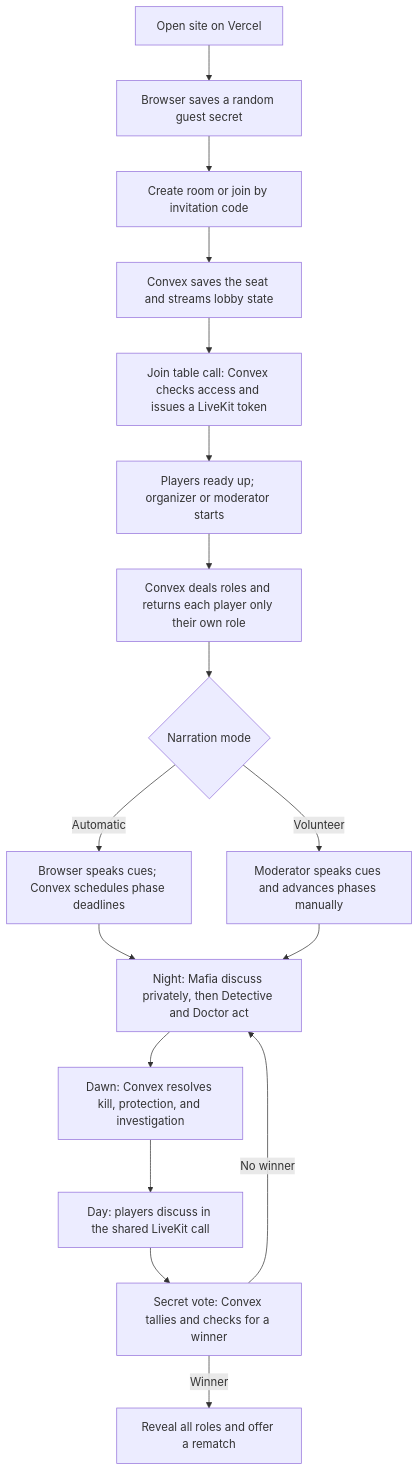
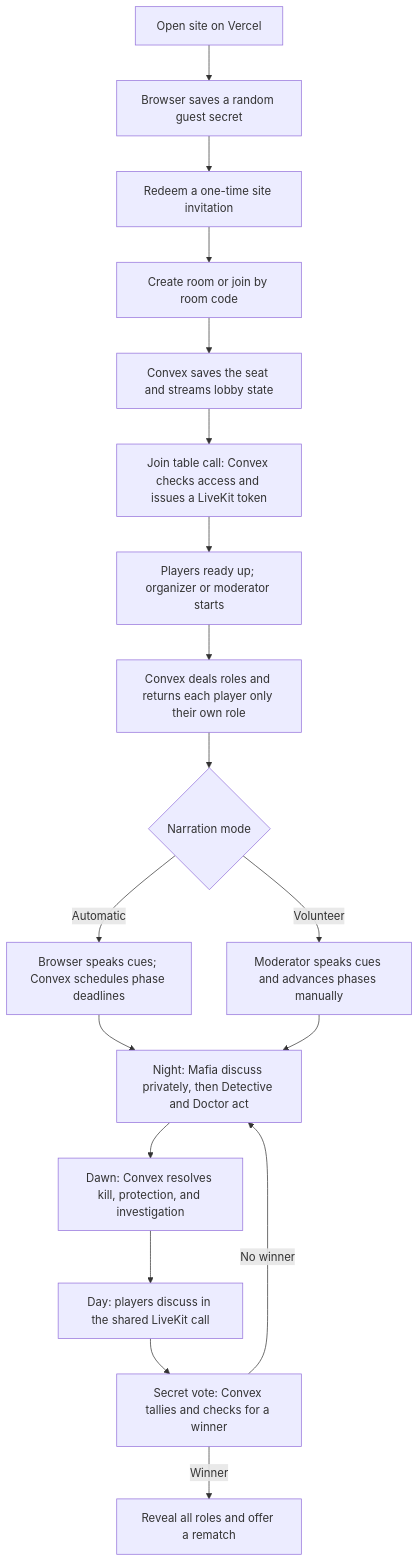
Before and after one commit to srujan259/mafia-online: the second of 2 diagrams in docs/SYSTEM_DESIGN.md, drawn with Mermaid. The commit also changed other lines of this file and 11 other files, not shown here.

Commit message:
Require one-time invitations for game access

````diff
--- a/docs/SYSTEM_DESIGN.md
+++ b/docs/SYSTEM_DESIGN.md
@@ -77,19 +77,20 @@
 ```mermaid
 flowchart TD
     A["Open site on Vercel"] --> B["Browser saves a random guest secret"]
-    B --> C["Create room or join by invitation code"]
-    C --> D["Convex saves the seat and streams lobby state"]
-    D --> E["Join table call: Convex checks access and issues a LiveKit token"]
-    E --> F["Players ready up; organizer or moderator starts"]
-    F --> G["Convex deals roles and returns each player only their own role"]
-    G --> H{"Narration mode"}
-    H -->|Automatic| I["Browser speaks cues; Convex schedules phase deadlines"]
-    H -->|Volunteer| J["Moderator speaks cues and advances phases manually"]
-    I --> K["Night: Mafia discuss privately, then Detective and Doctor act"]
-    J --> K
-    K --> L["Dawn: Convex resolves kill, protection, and investigation"]
-    L --> M["Day: players discuss in the shared LiveKit call"]
-    M --> N["Secret vote: Convex tallies and checks for a winner"]
-    N -->|No winner| K
-    N -->|Winner| O["Reveal all roles and offer a rematch"]
+    B --> C["Redeem a one-time site invitation"]
+    C --> D["Create room or join by room code"]
+    D --> E["Convex saves the seat and streams lobby state"]
+    E --> F["Join table call: Convex checks access and issues a LiveKit token"]
+    F --> G["Players ready up; organizer or moderator starts"]
+    G --> H["Convex deals roles and returns each player only their own role"]
+    H --> I{"Narration mode"}
+    I -->|Automatic| J["Browser speaks cues; Convex schedules phase deadlines"]
+    I -->|Volunteer| K["Moderator speaks cues and advances phases manually"]
+    J --> L["Night: Mafia discuss privately, then Detective and Doctor act"]
+    K --> L
+    L --> M["Dawn: Convex resolves kill, protection, and investigation"]
+    M --> N["Day: players discuss in the shared LiveKit call"]
+    N --> O["Secret vote: Convex tallies and checks for a winner"]
+    O -->|No winner| L
+    O -->|Winner| P["Reveal all roles and offer a rematch"]
 ```
````
